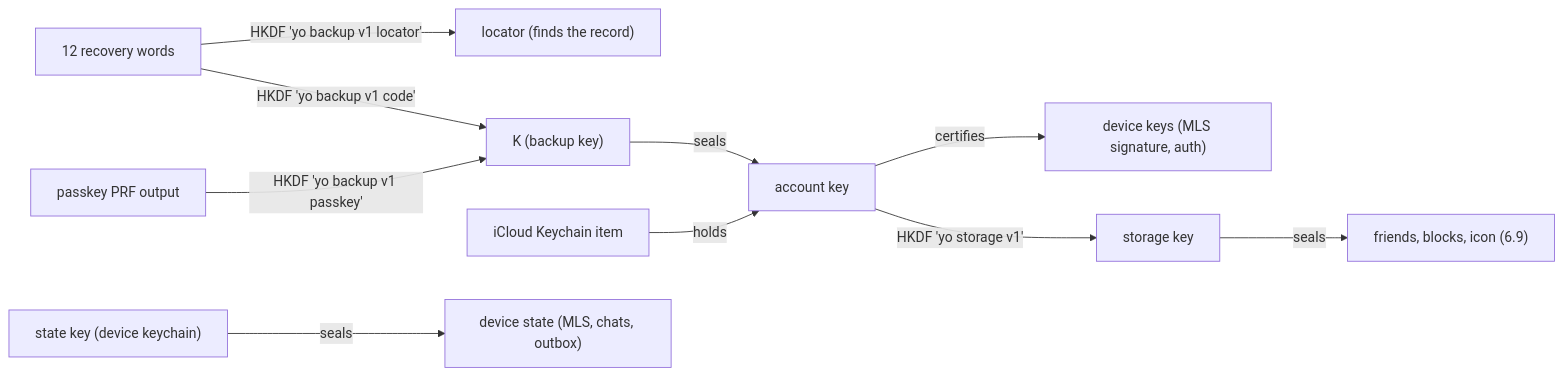
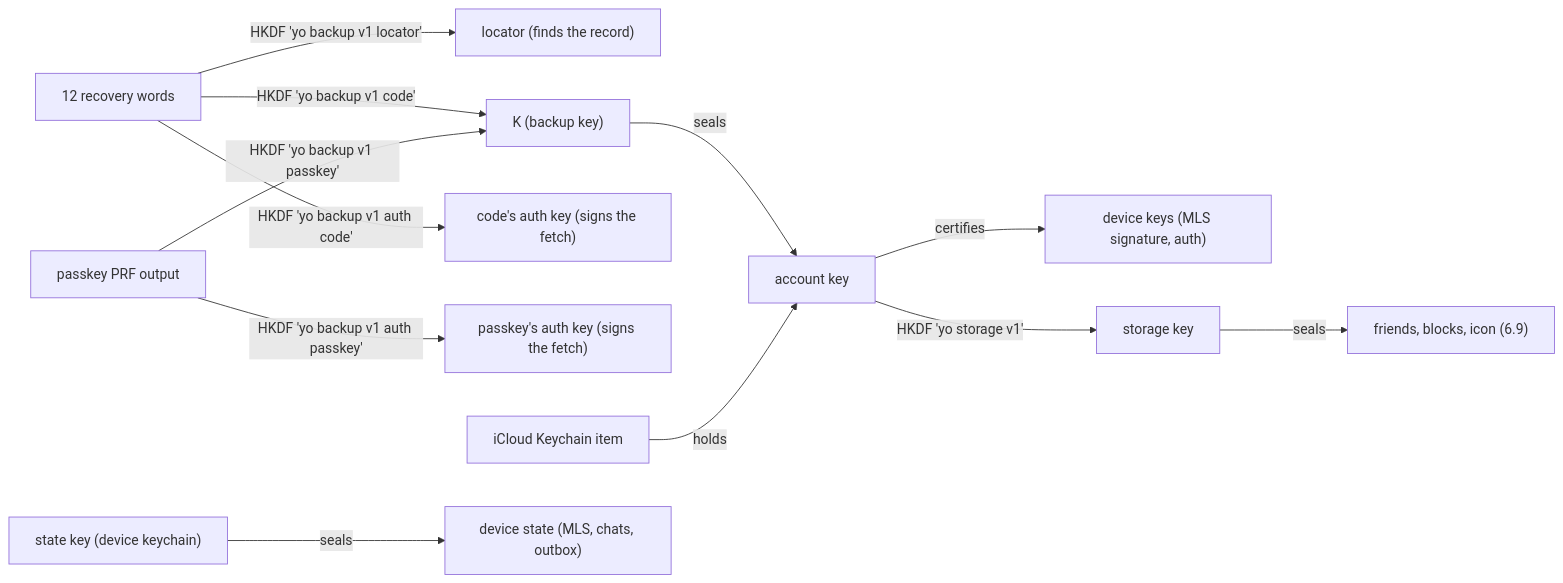
One commit to YoAgain/yo changed the diagram in spec/v1.md. Above: the diagram before and after it, drawn with Mermaid. The commit also changed other lines of this file and 32 other files, not shown here.

````diff
--- a/spec/v1.md
+++ b/spec/v1.md
@@ -623,12 +630,14 @@
 ```mermaid
 flowchart LR
   words["12 recovery words"] -- "HKDF 'yo backup v1 locator'" --> locator["locator (finds the record)"]
   words -- "HKDF 'yo backup v1 code'" --> K
+  words -- "HKDF 'yo backup v1 auth code'" --> authcode["code's auth key (signs the fetch)"]
   prf["passkey PRF output"] -- "HKDF 'yo backup v1 passkey'" --> K
+  prf -- "HKDF 'yo backup v1 auth passkey'" --> authpasskey["passkey's auth key (signs the fetch)"]
   K["K (backup key)"] -- seals --> account["account key"]
   icloud["iCloud Keychain item"] -- holds --> account
   account -- certifies --> devices["device keys (MLS signature, auth)"]
   account -- "HKDF 'yo storage v1'" --> storage["storage key"]
   storage -- seals --> stored["friends, blocks, icon (6.9)"]
   statekey["state key (device keychain)"] -- seals --> state["device state (MLS, chats, outbox)"]
 ```
````
